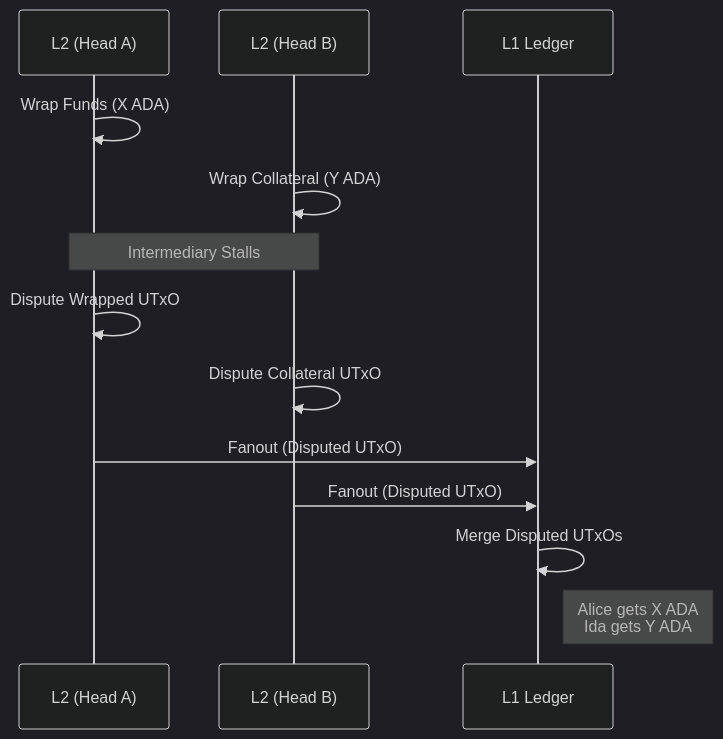
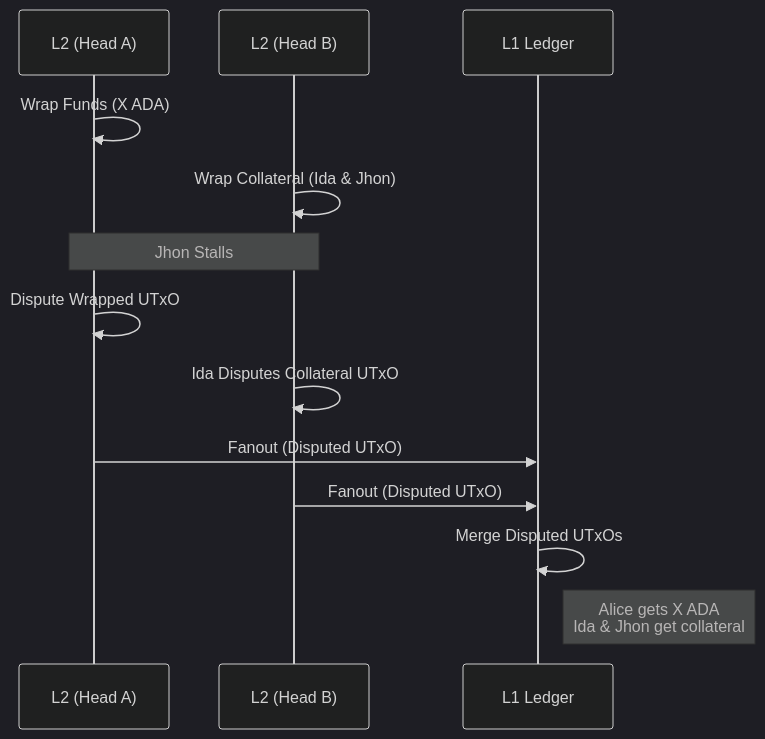
Before and after one commit to cardano-scaling/eutxo-l2-interop: the first of 2 diagrams in book/ms4/README.md, drawn with Mermaid (dark theme). The commit also changed other lines of this file, not shown here.

Commit message:
Adds Jhon to adversarial scenarios to clarify them

````diff
--- a/book/ms4/README.md
+++ b/book/ms4/README.md
@@ -31,20 +31,20 @@
 ```mermaid
 sequenceDiagram
     participant AliceL2 as L2 (Head A)
-    participant IdaL2 as L2 (Head B)
+    participant CollatL2 as L2 (Head B)
     participant L1 as L1 Ledger
 
     AliceL2->>AliceL2: Wrap Funds (X ADA)
-    IdaL2->>IdaL2: Wrap Collateral (Y ADA)
+    CollatL2->>CollatL2: Wrap Collateral (Ida & Jhon)
 
-    Note over AliceL2, IdaL2: Intermediary Stalls
+    Note over AliceL2, CollatL2: Jhon Stalls
 
     AliceL2->>AliceL2: Dispute Wrapped UTxO
-    IdaL2->>IdaL2: Dispute Collateral UTxO
+    CollatL2->>CollatL2: Ida Disputes Collateral UTxO
 
     AliceL2->>L1: Fanout (Disputed UTxO)
-    IdaL2->>L1: Fanout (Disputed UTxO)
+    CollatL2->>L1: Fanout (Disputed UTxO)
 
     L1->>L1: Merge Disputed UTxOs
-    Note right of L1: Alice gets X ADA<br>Ida gets Y ADA
+    Note right of L1: Alice gets X ADA<br>Ida & Jhon get collateral
 ```
````
